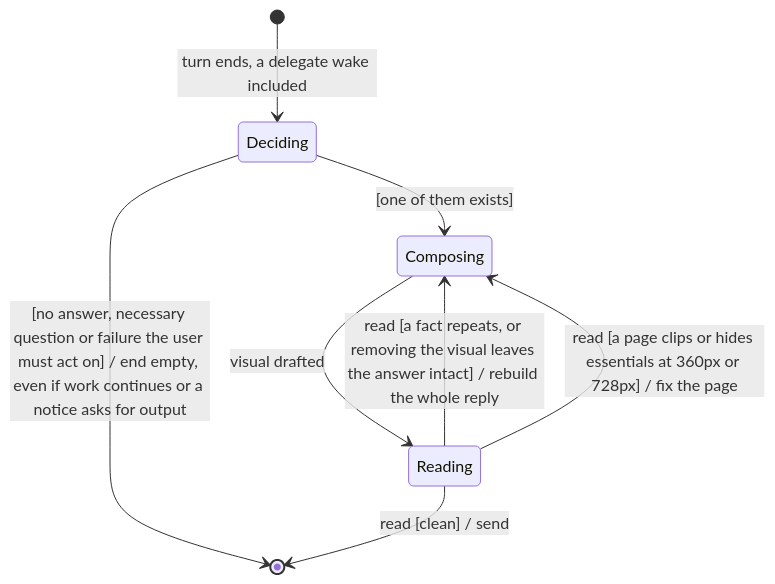
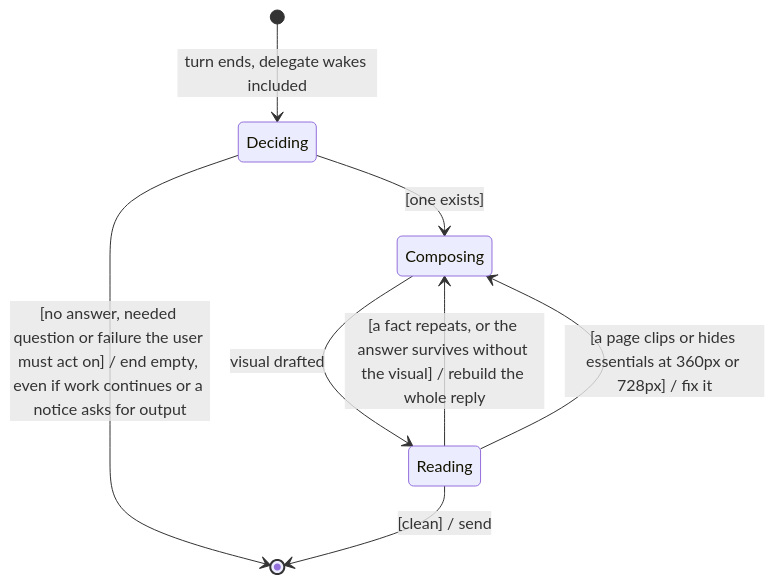
One commit to MP281X/deslop changed the third of 3 diagrams in .claude/agents/pair.md. Above: the diagram before and after it, drawn with Mermaid. The commit also changed other lines of this file and 8 other files, not shown here.

Commit message:
Diagrams replace the prose that restated them; settled PRs go ready on green CI; a failed Opus rerun goes to the user; worker setup is a diagram

````diff
--- a/.claude/agents/pair.md
+++ b/.claude/agents/pair.md
@@ -71,10 +69,10 @@
 ```mermaid
 stateDiagram-v2
-    [*] --> Deciding : turn ends, a delegate wake included
-    Deciding --> [*] : [no answer, necessary question or failure the user must act on] / end empty, even if work continues or a notice asks for output
-    Deciding --> Composing : [one of them exists]
+    [*] --> Deciding : turn ends, delegate wakes included
+    Deciding --> [*] : [no answer, needed question or failure the user must act on] / end empty, even if work continues or a notice asks for output
+    Deciding --> Composing : [one exists]
     Composing --> Reading : visual drafted
-    Reading --> Composing : read [a fact repeats, or removing the visual leaves the answer intact] / rebuild the whole reply
-    Reading --> Composing : read [a page clips or hides essentials at 360px or 728px] / fix the page
-    Reading --> [*] : read [clean] / send
+    Reading --> Composing : [a fact repeats, or the answer survives without the visual] / rebuild the whole reply
+    Reading --> Composing : [a page clips or hides essentials at 360px or 728px] / fix it
+    Reading --> [*] : [clean] / send
 ```
````
